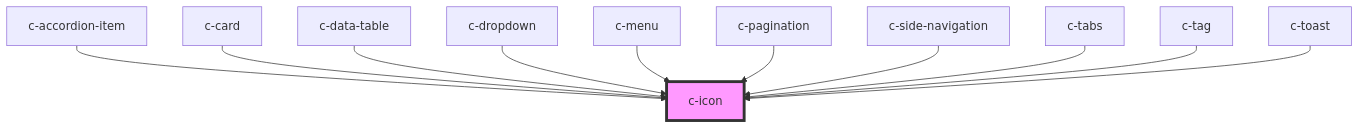
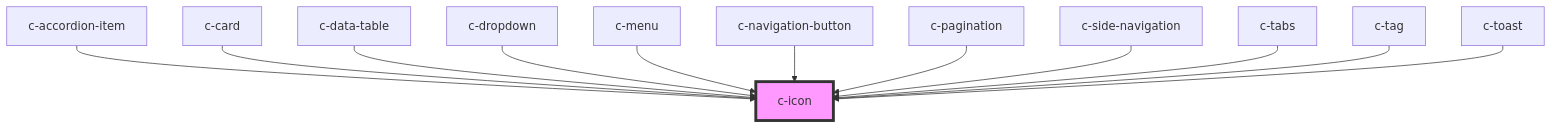
Before and after one commit to CSCfi/ui: the diagram in packages/csc-ui/src/components/c-icon/readme.md, drawn with Mermaid. The commit also changed other lines of this file and 4 other files, not shown here.

Commit message:
Use c-icon-button in navigation button

````diff
--- a/packages/csc-ui/src/components/c-icon/readme.md
+++ b/packages/csc-ui/src/components/c-icon/readme.md
@@ -40,14 +41,15 @@
 ```mermaid
 graph TD;
   c-accordion-item --> c-icon
   c-card --> c-icon
   c-data-table --> c-icon
   c-dropdown --> c-icon
   c-menu --> c-icon
+  c-navigation-button --> c-icon
   c-pagination --> c-icon
   c-side-navigation --> c-icon
   c-tabs --> c-icon
   c-tag --> c-icon
   c-toast --> c-icon
   style c-icon fill:#f9f,stroke:#333,stroke-width:4px
 ```
````
